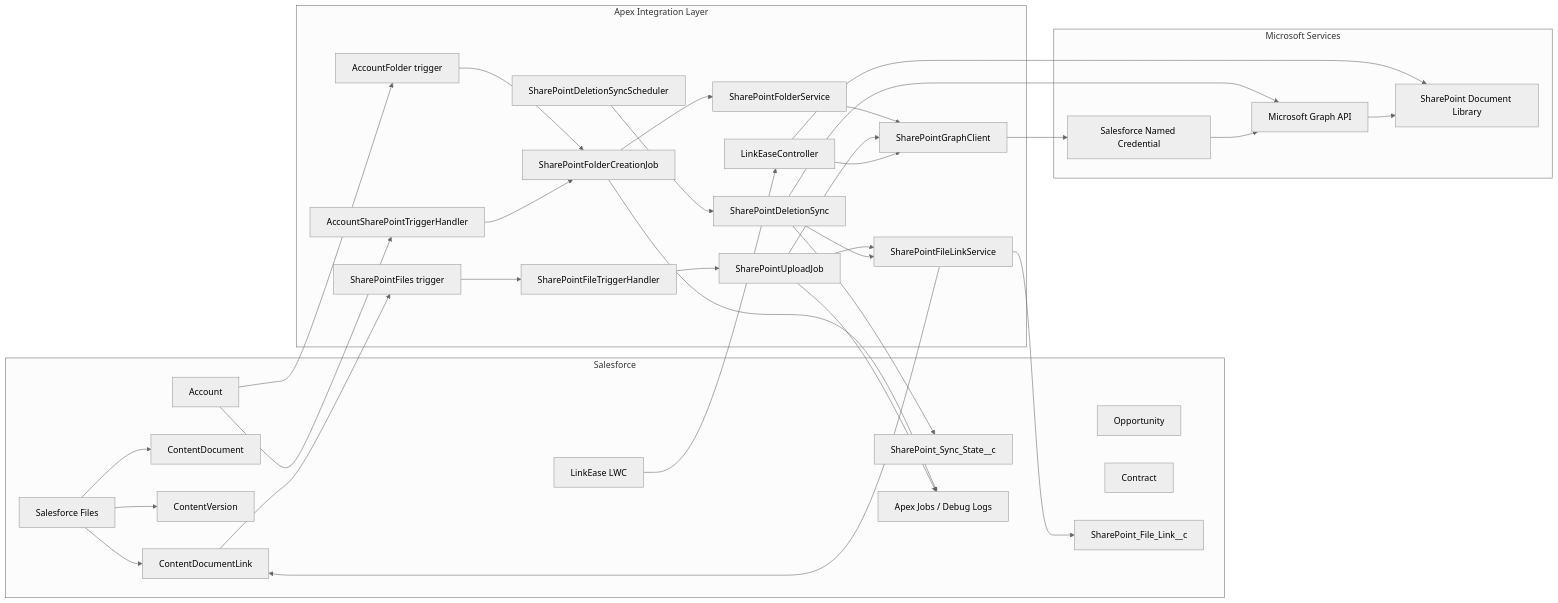
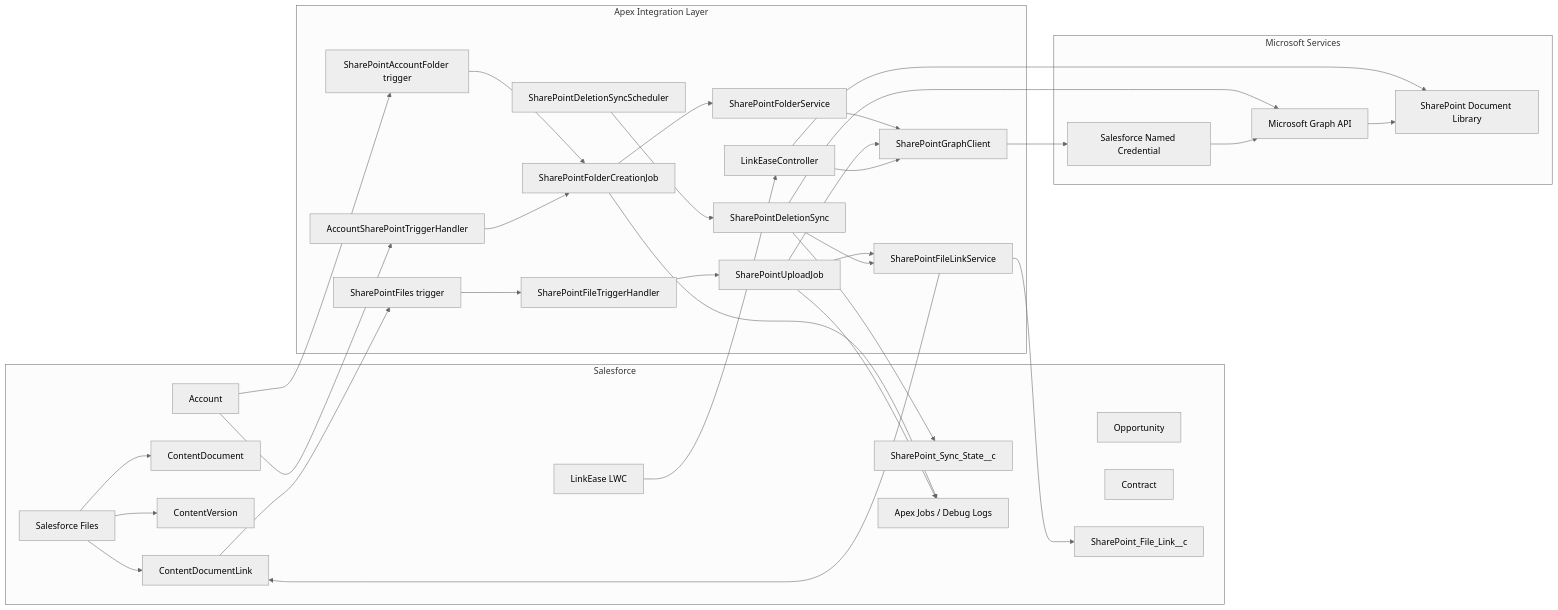
Before and after one commit to Princi123sharma/Asychem: the first of 8 diagrams in docs/salesforce-sharepoint-integration-plan.md, drawn with Mermaid (neutral theme). The commit also changed other lines of this file and 8 other files, not shown here.

````diff
--- a/docs/salesforce-sharepoint-integration-plan.md
+++ b/docs/salesforce-sharepoint-integration-plan.md
@@ -45,70 +45,70 @@
 ```mermaid
 flowchart LR
     subgraph Salesforce[Salesforce]
         ACCOUNT[Account]
         OPPORTUNITY[Opportunity]
         CONTRACT[Contract]
         FILES[Salesforce Files]
         DOC[ContentDocument]
         VERSION[ContentVersion]
         LINK[ContentDocumentLink]
         LWC[LinkEase LWC]
         MAP[SharePoint_File_Link__c]
         STATE[SharePoint_Sync_State__c]
         JOBS[Apex Jobs / Debug Logs]
     end
 
     subgraph Apex[Apex Integration Layer]
-        AF[AccountFolder trigger]
+        AF[SharePointAccountFolder trigger]
         ASH[AccountSharePointTriggerHandler]
         FOLDERJOB[SharePointFolderCreationJob]
         FOLDERSVC[SharePointFolderService]
         SPTRIGGER[SharePointFiles trigger]
         FILEHANDLER[SharePointFileTriggerHandler]
         UPLOADJOB[SharePointUploadJob]
         LINKSVC[SharePointFileLinkService]
         DELETEJOB[SharePointDeletionSync]
         SCHEDULER[SharePointDeletionSyncScheduler]
         CONTROLLER[LinkEaseController]
         CLIENT[SharePointGraphClient]
     end
 
     subgraph Microsoft[Microsoft Services]
         CRED[Salesforce Named Credential]
         GRAPH[Microsoft Graph API]
         DRIVE[SharePoint Document Library]
     end
 
     ACCOUNT --> AF
     ACCOUNT --> ASH
     AF --> FOLDERJOB
     ASH --> FOLDERJOB
     FOLDERJOB --> FOLDERSVC
     FOLDERSVC --> CLIENT
 
     FILES --> DOC
     FILES --> VERSION
     FILES --> LINK
     LINK --> SPTRIGGER
     SPTRIGGER --> FILEHANDLER
     FILEHANDLER --> UPLOADJOB
     UPLOADJOB --> CLIENT
     UPLOADJOB --> LINKSVC
     LINKSVC --> MAP
 
     LWC --> CONTROLLER
     CONTROLLER --> CLIENT
     CONTROLLER --> DRIVE
 
     SCHEDULER --> DELETEJOB
     DELETEJOB --> GRAPH
     DELETEJOB --> STATE
     DELETEJOB --> LINKSVC
     LINKSVC --> LINK
 
     CLIENT --> CRED
     CRED --> GRAPH
     GRAPH --> DRIVE
     FOLDERJOB --> JOBS
     UPLOADJOB --> JOBS
 ```
````
